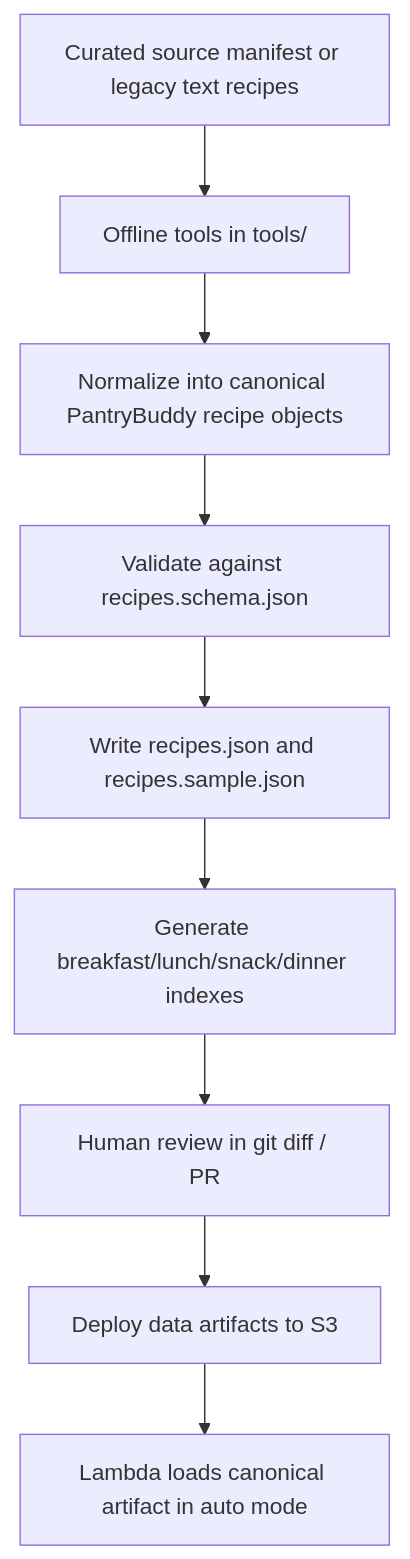
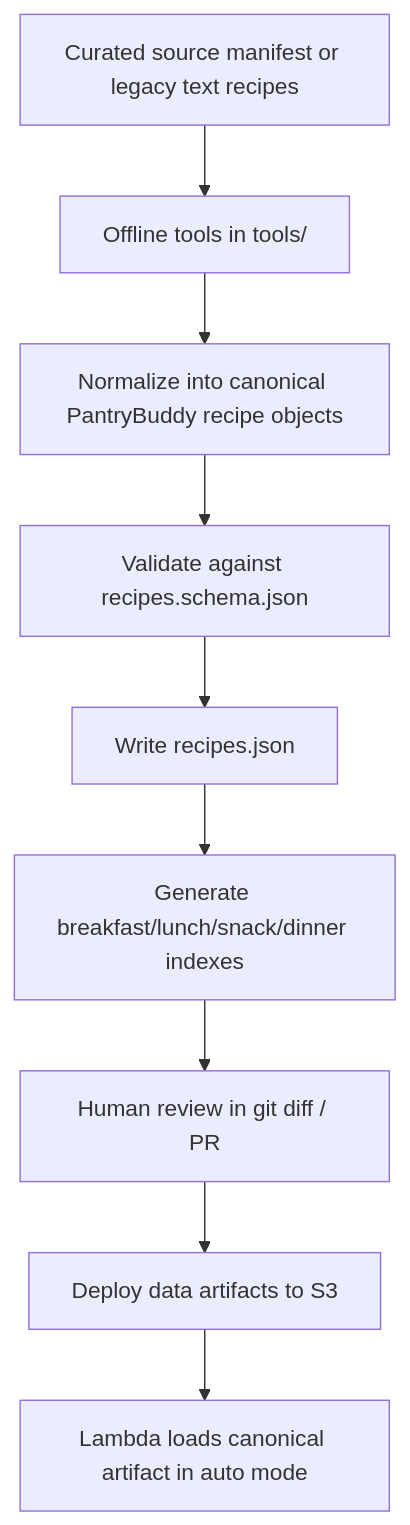
One commit to mbomma-git-code/pantry-buddy changed the second of 3 diagrams in docs/HIGH_LEVEL_DESIGN_v2.md. Above: the diagram before and after it, drawn with Mermaid. The commit also changed other lines of this file and 84 other files, not shown here.

````diff
--- a/docs/HIGH_LEVEL_DESIGN_v2.md
+++ b/docs/HIGH_LEVEL_DESIGN_v2.md
@@ -258,11 +276,11 @@
 ```mermaid
 flowchart TD
     A[Curated source manifest or legacy text recipes] --> B[Offline tools in tools/]
     B --> C[Normalize into canonical PantryBuddy recipe objects]
     C --> D[Validate against recipes.schema.json]
-    D --> E[Write recipes.json and recipes.sample.json]
+    D --> E[Write recipes.json]
     E --> F[Generate breakfast/lunch/snack/dinner indexes]
     F --> G[Human review in git diff / PR]
     G --> H[Deploy data artifacts to S3]
     H --> I[Lambda loads canonical artifact in auto mode]
 ```
````
